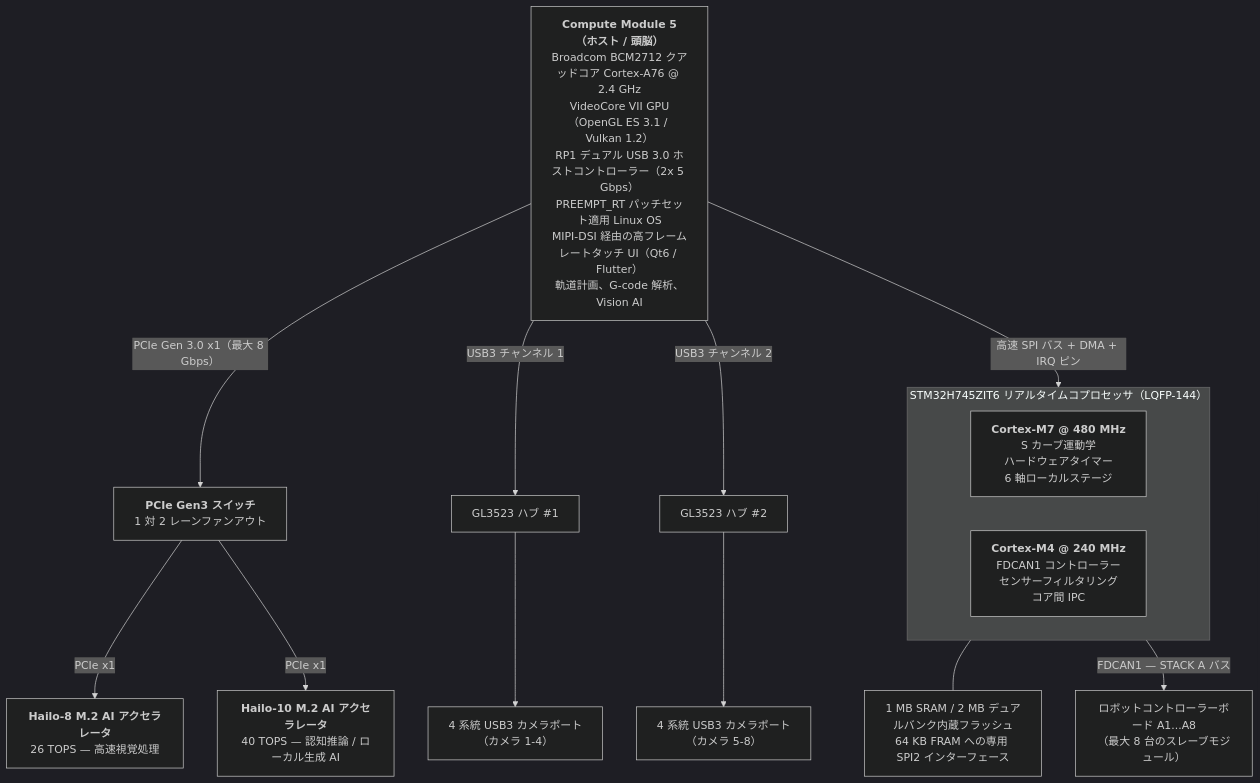
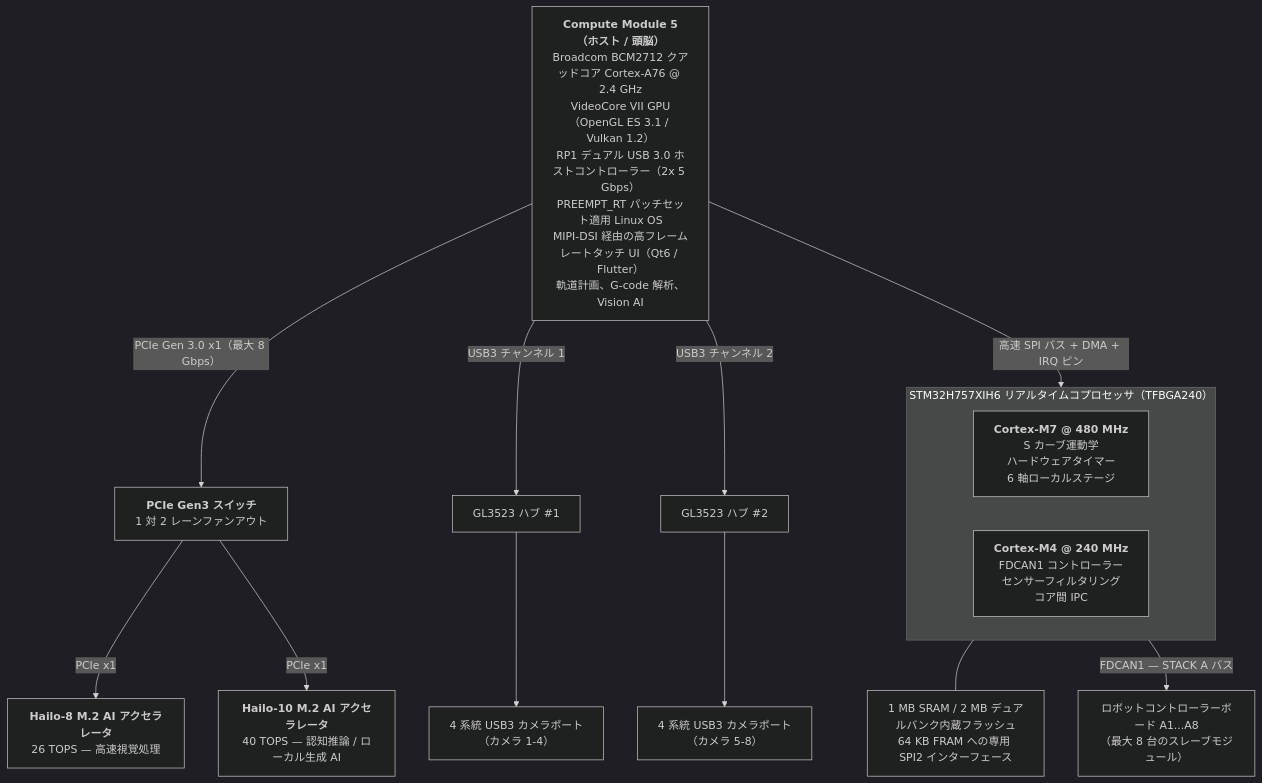
The first of 3 diagrams in README_jpn.md (JuanenRac/HYDRA-UMC), drawn with Mermaid (dark theme) before and after one commit. The commit also changed other lines of this file and 41 other files, not shown here.

````diff
--- a/README_jpn.md
+++ b/README_jpn.md
@@ -89,24 +91,24 @@
 ```mermaid
 flowchart TB
     CM5["<b>Compute Module 5（ホスト / 頭脳）</b><br/>Broadcom BCM2712 クアッドコア Cortex-A76 @ 2.4 GHz<br/>VideoCore VII GPU（OpenGL ES 3.1 / Vulkan 1.2）<br/>RP1 デュアル USB 3.0 ホストコントローラー（2x 5 Gbps）<br/>PREEMPT_RT パッチセット適用 Linux OS<br/>MIPI-DSI 経由の高フレームレートタッチ UI（Qt6 / Flutter）<br/>軌道計画、G-code 解析、Vision AI"]
 
     CM5 -- "PCIe Gen 3.0 x1（最大 8 Gbps）" --> PCIESW["<b>PCIe Gen3 スイッチ</b><br/>1 対 2 レーンファンアウト"]
     PCIESW -- "PCIe x1" --> HAILO8["<b>Hailo-8 M.2 AI アクセラレータ</b><br/>26 TOPS — 高速視覚処理"]
     PCIESW -- "PCIe x1" --> HAILO10["<b>Hailo-10 M.2 AI アクセラレータ</b><br/>40 TOPS — 認知推論 / ローカル生成 AI"]
     CM5 -- "USB3 チャンネル 1" --> HUB1["GL3523 ハブ #1"]
     CM5 -- "USB3 チャンネル 2" --> HUB2["GL3523 ハブ #2"]
     HUB1 --> CAM14["4 系統 USB3 カメラポート<br/>（カメラ 1-4）"]
     HUB2 --> CAM58["4 系統 USB3 カメラポート<br/>（カメラ 5-8）"]
 
     CM5 -- "高速 SPI バス + DMA + IRQ ピン" --> MCU
 
-    subgraph MCU["STM32H745ZIT6 リアルタイムコプロセッサ（LQFP-144）"]
+    subgraph MCU["STM32H757XIH6 リアルタイムコプロセッサ（TFBGA240）"]
         direction LR
         CM7["<b>Cortex-M7 @ 480 MHz</b><br/>S カーブ運動学<br/>ハードウェアタイマー<br/>6 軸ローカルステージ"]
         CM4["<b>Cortex-M4 @ 240 MHz</b><br/>FDCAN1 コントローラー<br/>センサーフィルタリング<br/>コア間 IPC"]
     end
     MEM["1 MB SRAM / 2 MB デュアルバンク内蔵フラッシュ<br/>64 KB FRAM への専用 SPI2 インターフェース"]
     MCU --- MEM
 
     MCU -- "FDCAN1 — STACK A バス" --> ROBOTS["ロボットコントローラーボード A1...A8<br/>（最大 8 台のスレーブモジュール）"]
 ```
````
